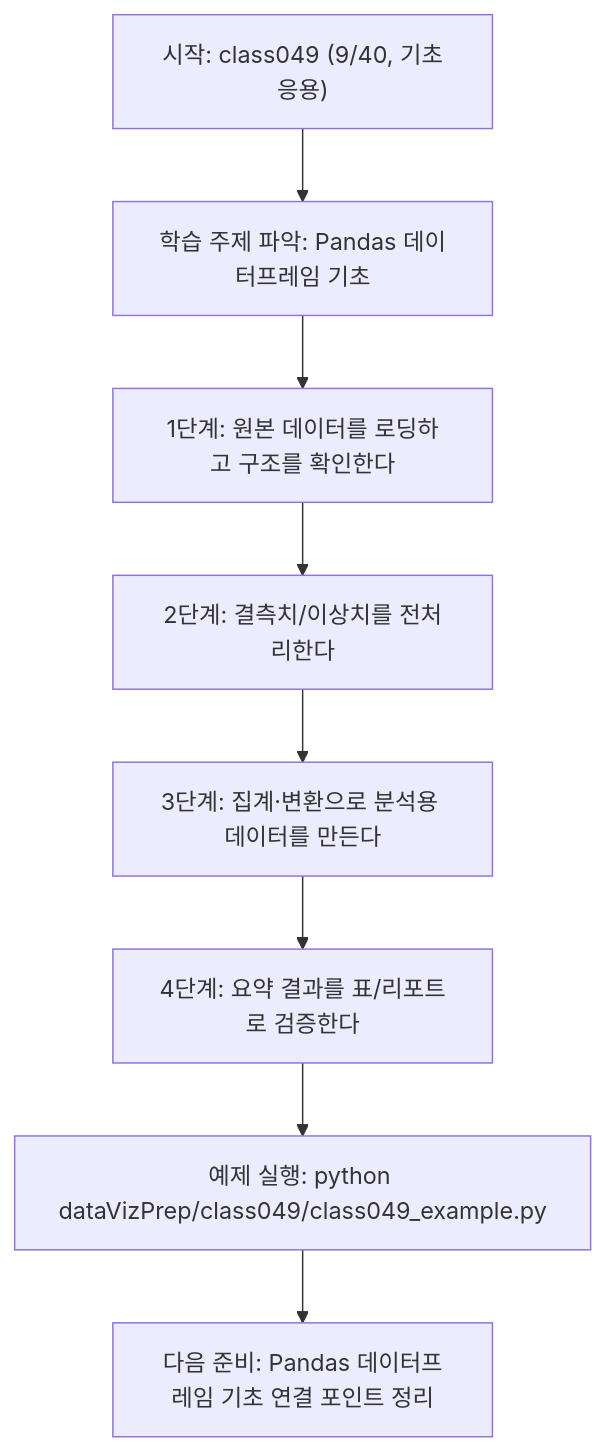
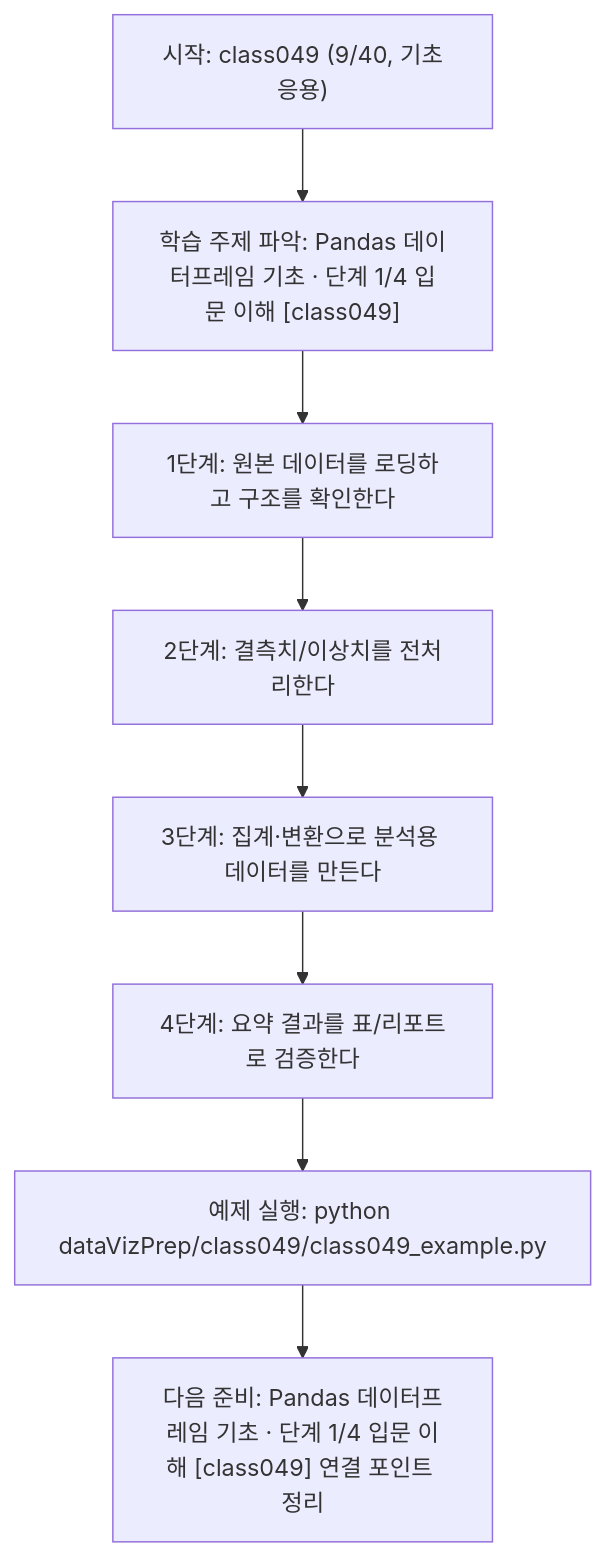
One commit to edumgt/Python-AI_Agent-Class changed the diagram in dataVizPrep/class049/class049.md. Above: the diagram before and after it, drawn with Mermaid. The commit also changed other lines of this file and 522 other files, not shown here.

````diff
--- a/dataVizPrep/class049/class049.md
+++ b/dataVizPrep/class049/class049.md
@@ -110,18 +111,18 @@
 ```mermaid
 flowchart TD
 N1["시작: class049 (9/40, 기초응용)"]
-N2["학습 주제 파악: Pandas 데이터프레임 기초"]
+N2["학습 주제 파악: Pandas 데이터프레임 기초 · 단계 1/4 입문 이해 [class049]"]
 N3["1단계: 원본 데이터를 로딩하고 구조를 확인한다"]
 N4["2단계: 결측치/이상치를 전처리한다"]
 N5["3단계: 집계·변환으로 분석용 데이터를 만든다"]
 N6["4단계: 요약 결과를 표/리포트로 검증한다"]
 N7["예제 실행: python dataVizPrep/class049/class049_example.py"]
-N8["다음 준비: Pandas 데이터프레임 기초 연결 포인트 정리"]
+N8["다음 준비: Pandas 데이터프레임 기초 · 단계 1/4 입문 이해 [class049] 연결 포인트 정리"]
 N1 --> N2
 N2 --> N3
 N3 --> N4
 N4 --> N5
 N5 --> N6
 N6 --> N7
 N7 --> N8
 ```
````
